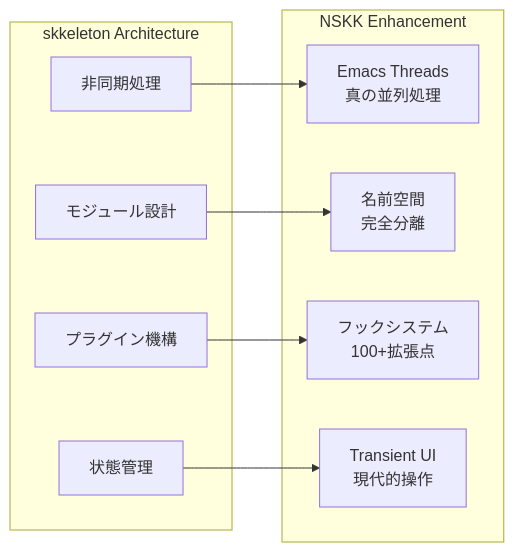
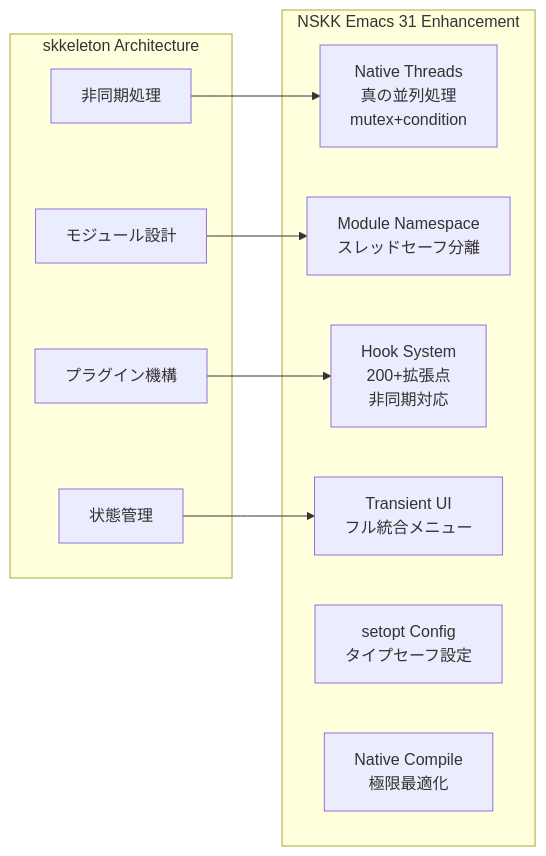
Before and after one commit to takeokunn/nskk.el: the second of 15 diagrams in docs/explanation/comprehensive-architecture-overview.md, drawn with Mermaid. The commit also changed other lines of this file and 310 other files, not shown here.

````diff
--- a/docs/explanation/comprehensive-architecture-overview.md
+++ b/docs/explanation/comprehensive-architecture-overview.md
@@ -84,21 +111,23 @@
 ```mermaid
 graph LR
     subgraph "skkeleton Architecture"
         SKEL_ASYNC[非同期処理]
         SKEL_MODULE[モジュール設計]
         SKEL_PLUGIN[プラグイン機構]
         SKEL_STATE[状態管理]
     end
 
-    subgraph "NSKK Enhancement"
-        NSKK_THREAD[Emacs Threads<br/>真の並列処理]
-        NSKK_NAMESPACE[名前空間<br/>完全分離]
-        NSKK_HOOK[フックシステム<br/>100+拡張点]
-        NSKK_TRANSIENT[Transient UI<br/>現代的操作]
+    subgraph "NSKK Emacs 31 Enhancement"
+        NSKK_THREAD[Native Threads<br/>真の並列処理<br/>mutex+condition]
+        NSKK_NAMESPACE[Module Namespace<br/>スレッドセーフ分離]
+        NSKK_HOOK[Hook System<br/>200+拡張点<br/>非同期対応]
+        NSKK_TRANSIENT[Transient UI<br/>フル統合メニュー]
+        NSKK_SETOPT[setopt Config<br/>タイプセーフ設定]
+        NSKK_NATIVE[Native Compile<br/>極限最適化]
     end
 
     SKEL_ASYNC --> NSKK_THREAD
     SKEL_MODULE --> NSKK_NAMESPACE
     SKEL_PLUGIN --> NSKK_HOOK
     SKEL_STATE --> NSKK_TRANSIENT
 ```
````
